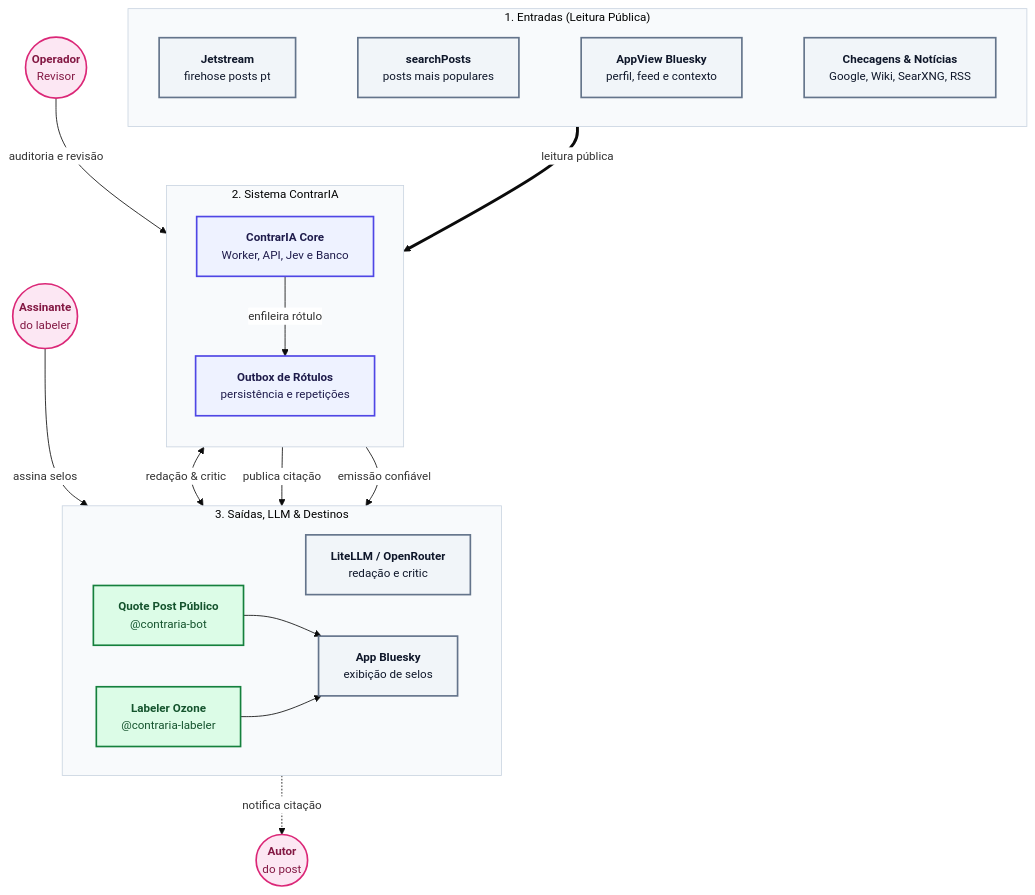
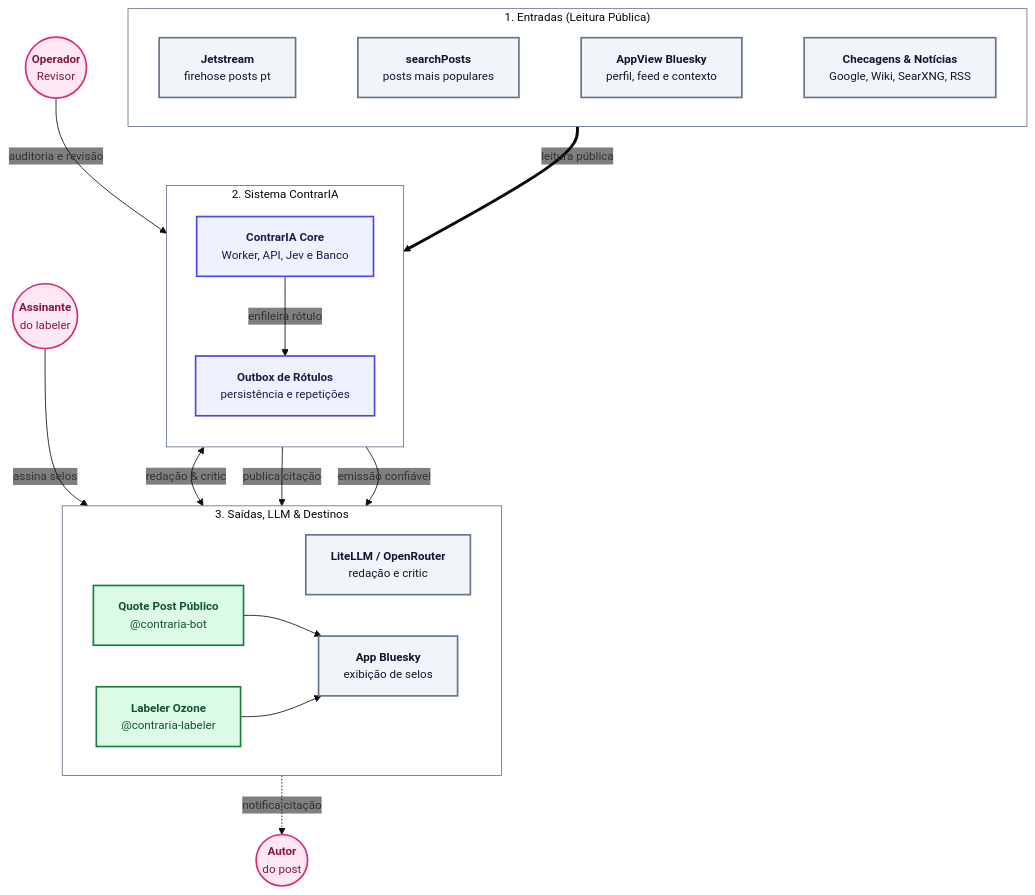
The first of 11 diagrams in docs/arquitetura/mapa-do-sistema.md (moonshinerd/ContrarIA), drawn with Mermaid before and after one commit. The commit also changed other lines of this file and 3 other files, not shown here.

First line of the commit message:
docs: aprimora contraste dos diagramas mermaid no modo escuro e corrige admonitions

````diff
--- a/docs/arquitetura/mapa-do-sistema.md
+++ b/docs/arquitetura/mapa-do-sistema.md
@@ -31,49 +31,49 @@
 ```mermaid
-%%{init: {'theme': 'base', 'themeVariables': { 'fontSize': '14px', 'fontFamily': 'inherit', 'primaryColor': '#EEF2FF', 'edgeLabelBackground': '#FFFFFF', 'clusterBkg': '#F8FAFC', 'clusterBorder': '#CBD5E1' }}}%%
+%%{init: {'theme': 'base', 'themeVariables': { 'fontSize': '14px', 'fontFamily': 'inherit', 'clusterBkg': 'transparent', 'clusterBorder': '#64748B', 'edgeLabelBackground': 'transparent' }}}%%
 flowchart TD
     classDef ext fill:#F1F5F9,stroke:#64748B,stroke-width:2px,color:#0F172A
     classDef core fill:#EEF2FF,stroke:#4F46E5,stroke-width:2px,color:#1E1B4B
     classDef human fill:#FCE7F3,stroke:#DB2777,stroke-width:2px,color:#831843
     classDef out fill:#DCFCE7,stroke:#15803D,stroke-width:2px,color:#14532D
 
     subgraph IN["1. Entradas (Leitura Pública)"]
         direction LR
-        JS["<b>Jetstream</b><br/>firehose posts pt"]:::ext
-        SRCH["<b>searchPosts</b><br/>posts mais populares"]:::ext
-        APPV["<b>AppView Bluesky</b><br/>perfil, feed e contexto"]:::ext
-        EVID["<b>Checagens & Notícias</b><br/>Google, Wiki, SearXNG, RSS"]:::ext
+        JS["<span style='color:#0F172A'><b>Jetstream</b><br/>firehose posts pt</span>"]:::ext
+        SRCH["<span style='color:#0F172A'><b>searchPosts</b><br/>posts mais populares</span>"]:::ext
+        APPV["<span style='color:#0F172A'><b>AppView Bluesky</b><br/>perfil, feed e contexto</span>"]:::ext
+        EVID["<span style='color:#0F172A'><b>Checagens & Notícias</b><br/>Google, Wiki, SearXNG, RSS</span>"]:::ext
         JS ~~~ SRCH ~~~ APPV ~~~ EVID
     end
 
     subgraph SYSTEM["2. Sistema ContrarIA"]
         direction TB
-        CORE["<b>ContrarIA Core</b><br/>Worker, API, Jev e Banco"]:::core
-        OB["<b>Outbox de Rótulos</b><br/>persistência e repetições"]:::core
+        CORE["<span style='color:#1E1B4B'><b>ContrarIA Core</b><br/>Worker, API, Jev e Banco</span>"]:::core
+        OB["<span style='color:#1E1B4B'><b>Outbox de Rótulos</b><br/>persistência e repetições</span>"]:::core
         CORE -->|enfileira rótulo| OB
     end
 
     subgraph OUT["3. Saídas, LLM & Destinos"]
         direction LR
-        LLM["<b>LiteLLM / OpenRouter</b><br/>redação e critic"]:::ext
-        QP["<b>Quote Post Público</b><br/>@contraria-bot"]:::out
-        OZ["<b>Labeler Ozone</b><br/>@contraria-labeler"]:::out
-        APP["<b>App Bluesky</b><br/>exibição de selos"]:::ext
+        LLM["<span style='color:#0F172A'><b>LiteLLM / OpenRouter</b><br/>redação e critic</span>"]:::ext
+        QP["<span style='color:#14532D'><b>Quote Post Público</b><br/>@contraria-bot</span>"]:::out
+        OZ["<span style='color:#14532D'><b>Labeler Ozone</b><br/>@contraria-labeler</span>"]:::out
+        APP["<span style='color:#0F172A'><b>App Bluesky</b><br/>exibição de selos</span>"]:::ext
         QP --> APP
         OZ --> APP
     end
 
-    AUTH(("<b>Autor</b><br/>do post")):::human
-    USER(("<b>Assinante</b><br/>do labeler")):::human
-    OPS(("<b>Operador</b><br/>Revisor")):::human
+    AUTH(("<span style='color:#831843'><b>Autor</b><br/>do post</span>")):::human
+    USER(("<span style='color:#831843'><b>Assinante</b><br/>do labeler</span>")):::human
+    OPS(("<span style='color:#831843'><b>Operador</b><br/>Revisor</span>")):::human
 
     IN ==>|leitura pública| CORE
     CORE <-->|redação & critic| LLM
     CORE -->|publica citação| QP
     OB -->|emissão confiável| OZ
 
     APP -.->|notifica citação| AUTH
     USER -->|assina selos| APP
     OPS -->|auditoria e revisão| CORE
 
     CORE ~~~ LLM
 ```
````
